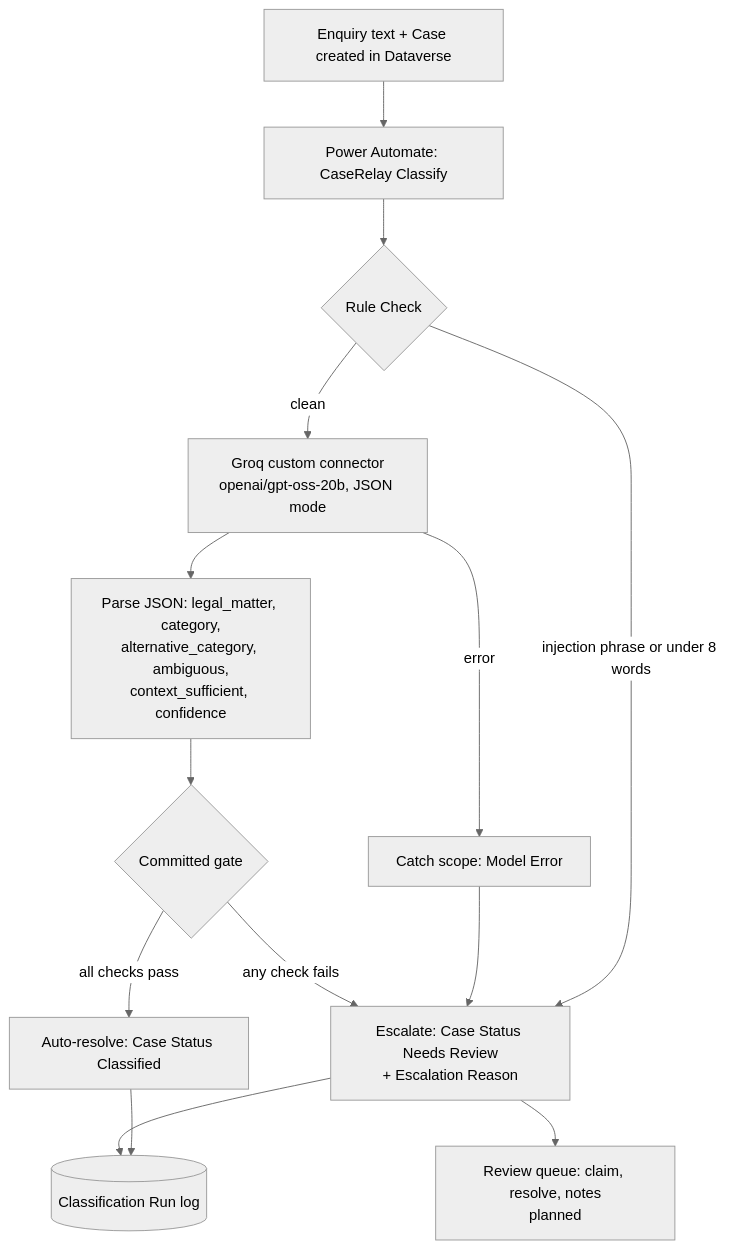
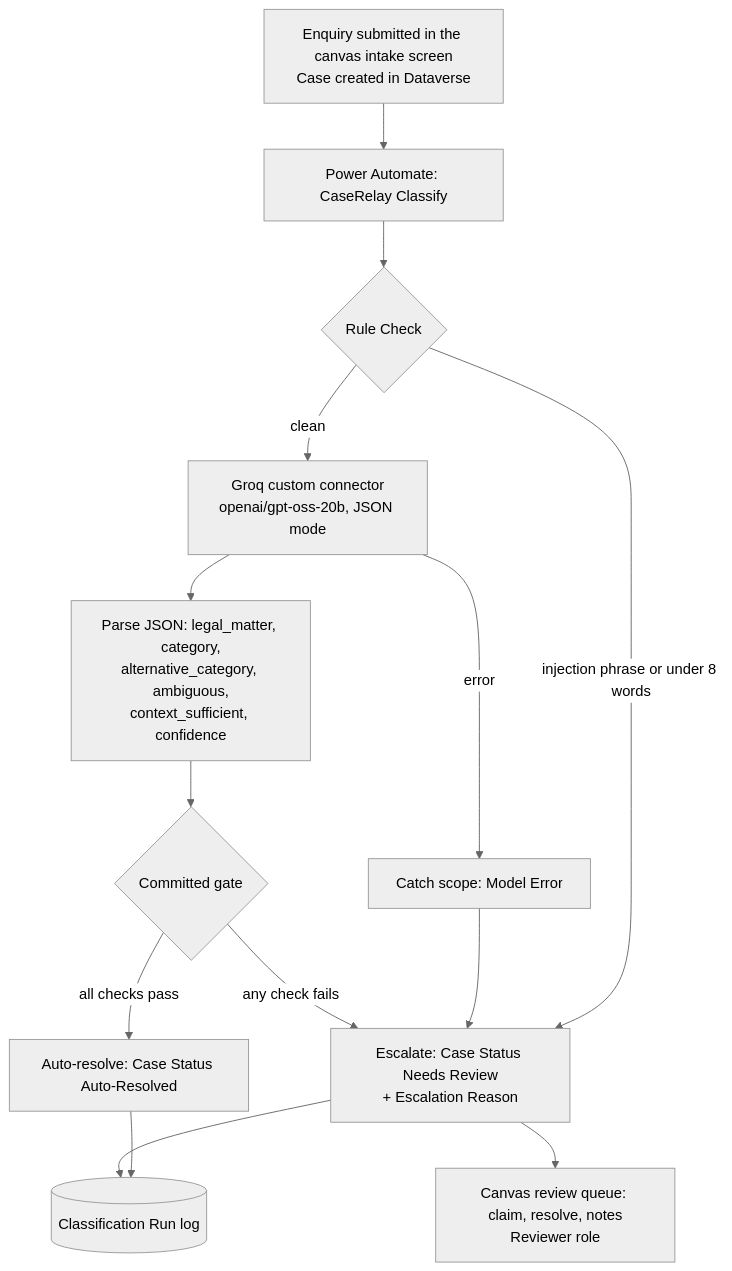
The diagram in docs/architecture.md (roger-rkd/CaseRelay), drawn with Mermaid (neutral theme) before and after one commit. The commit also changed 20 other files, not shown here.

````diff
--- a/docs/architecture.md
+++ b/docs/architecture.md
@@ -3,16 +3,16 @@
 ```mermaid
 flowchart TD
-    A[Enquiry text + Case created in Dataverse] --> B[Power Automate: CaseRelay Classify]
+    A[Enquiry submitted in the canvas intake screen<br/>Case created in Dataverse] --> B[Power Automate: CaseRelay Classify]
     B --> C{Rule Check}
     C -->|injection phrase or under 8 words| E
     C -->|clean| D[Groq custom connector<br/>openai/gpt-oss-20b, JSON mode]
     D -->|error| X[Catch scope: Model Error]
     X --> E
     D --> F[Parse JSON: legal_matter, category,<br/>alternative_category, ambiguous,<br/>context_sufficient, confidence]
     F --> G{Committed gate}
-    G -->|all checks pass| H[Auto-resolve: Case Status Classified]
+    G -->|all checks pass| H[Auto-resolve: Case Status Auto-Resolved]
     G -->|any check fails| E[Escalate: Case Status Needs Review<br/>+ Escalation Reason]
     H --> L[(Classification Run log)]
     E --> L
-    E --> Q[Review queue: claim, resolve, notes<br/>planned]
+    E --> Q[Canvas review queue: claim, resolve, notes<br/>Reviewer role]
 ```
````
